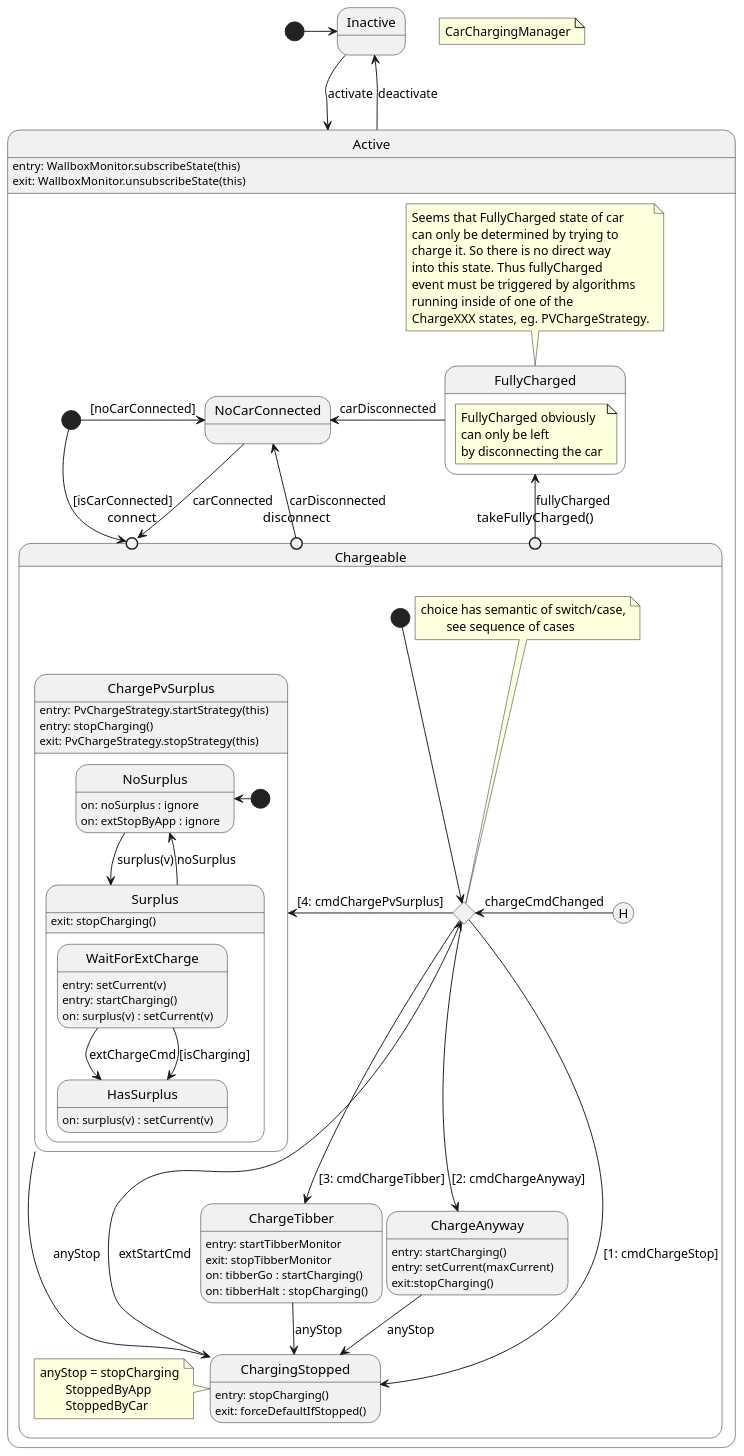
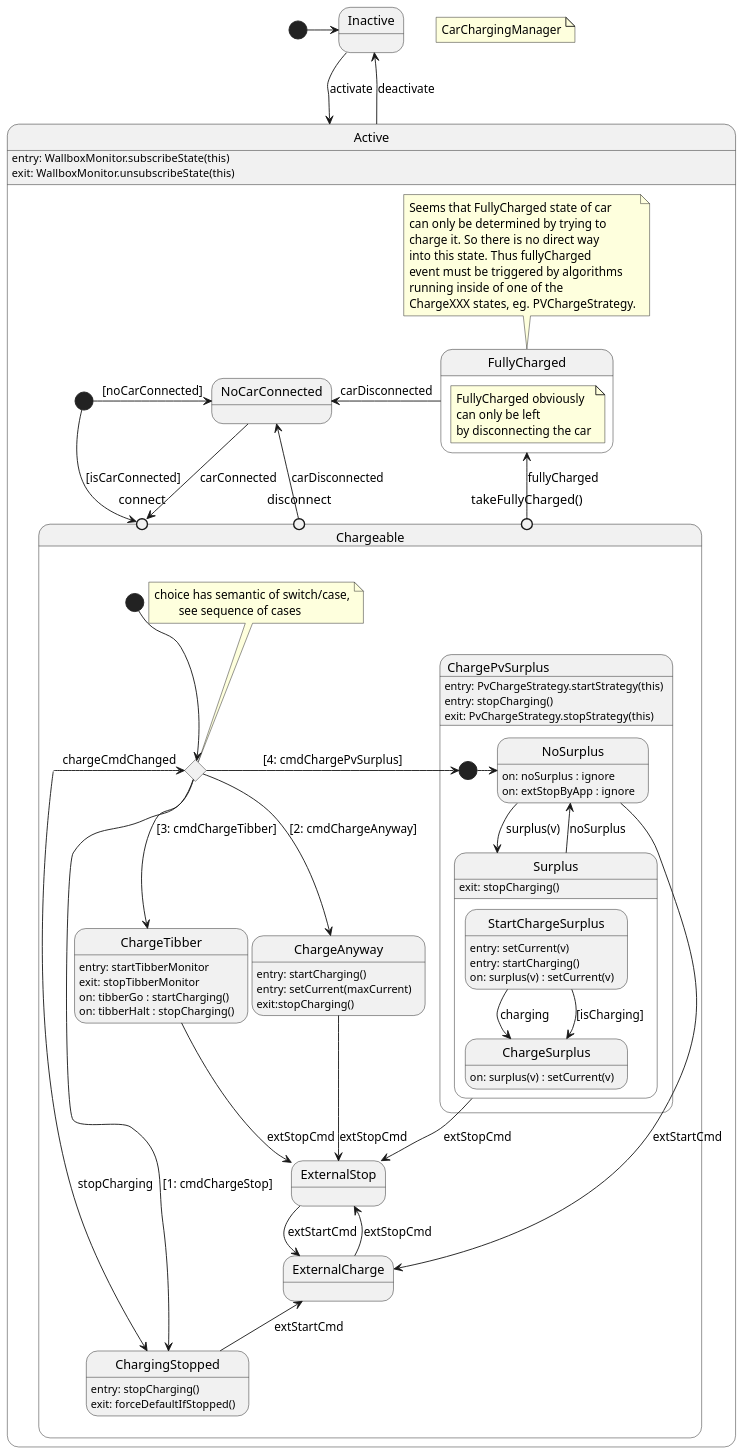
The diagram in src/main/groovy/de/geobe/energy/automation/models/CarChargingManager.puml (geobe/energyControl), drawn with PlantUML before and after one commit. The commit also changed 20 other files, not shown here.

Commit message:
refactoring cause better understanding of car charging states

```diff
--- a/src/main/groovy/de/geobe/energy/automation/models/CarChargingManager.puml
+++ b/src/main/groovy/de/geobe/energy/automation/models/CarChargingManager.puml
@@ -1,137 +1,142 @@
 @startuml
 'https://plantuml.com/state-diagram
 
 scale 1000 width
 
 [*] -right-> inAct
 
 state "Inactive" as inAct
 state "Active" as act {
     act: entry: WallboxMonitor.subscribeState(this)
     act: exit: WallboxMonitor.unsubscribeState(this)
 
      [*] -r-> noCar : [noCarConnected]
 
     state "NoCarConnected" as noCar
 
 '    state "CarConnected" as carCon {
 
         state "Chargeable" as cabl {
 
         state "connect" as con  <<entryPoint>>
         state "disconnect" as dcon  <<entryPoint>>
         state "takeFullyCharged()" as fch  <<entryPoint>>
 
             state "ChargePvSurplus" as cSurplus {
               cSurplus: entry: PvChargeStrategy.startStrategy(this)
               cSurplus: entry: stopCharging()
               cSurplus: exit: PvChargeStrategy.stopStrategy(this)
     '          cSurplus: exit: stopCharging()
 
               state "Surplus" as sp {
                sp: exit: stopCharging()
 
-                state "HasSurplus" as hasPlus {
+                state "ChargeSurplus" as hasPlus {
     '                hasPlus: entry: setCurrent(v)
                     hasPlus: on: surplus(v) : setCurrent(v)
                 }
 
-                state "WaitForExtCharge" as waitCh
+                state "StartChargeSurplus" as waitCh
                     waitCh: entry: setCurrent(v)
                     waitCh: entry: startCharging()
                     waitCh: on: surplus(v) : setCurrent(v)
 
             }
 
                 state "NoSurplus" as noPlus {
                   noPlus: on: noSurplus : ignore
                   noPlus: on: extStopByApp : ignore
                 }
 
             state lpstart <<start>>
 
           }
 
            state "ChargingStopped" as cStop
                cStop: entry: stopCharging()
                cStop: exit: forceDefaultIfStopped()
 
           state "ChargeTibber" as cTibber
               cTibber: entry: startTibberMonitor
               cTibber: exit: stopTibberMonitor
               cTibber: on: tibberGo : startCharging()
               cTibber: on: tibberHalt : stopCharging()
 
 
           state "ChargeAnyway" as cAnyway
               cAnyway: entry: startCharging()
               cAnyway: entry: setCurrent(maxCurrent)
               cAnyway: exit:stopCharging()
 
+          state "ExternalCharge" as cExt
+
+          state "ExternalStop" as stopExt
+
           state "switch" as choiceCmd <<choice>>
 
           note top of choiceCmd
             choice has semantic of switch/case,
             \tsee sequence of cases
           end note
 
-          note left of cStop
-              anyStop = stopCharging
-              \tStoppedByApp
-              \tStoppedByCar
-          end note
-
-          [H] -l-> choiceCmd : chargeCmdChanged
+          cabl -r-> choiceCmd : chargeCmdChanged
           [*] --> choiceCmd
+          cabl -r-> cStop : stopCharging
         }
 
       state "FullyCharged" as full {
 
         note as fullNote
             FullyCharged obviously
             can only be left
             by disconnecting the car
         end note
 
       }
 
       note top of full
             Seems that FullyCharged state of car
             can only be determined by trying to
             charge it. So there is no direct way
             into this state. Thus fullyCharged
             event must be triggered by algorithms
             running inside of one of the
             ChargeXXX states, eg. PVChargeStrategy.
       end note
 
 '    }
      [*] --> con : [isCarConnected]
 
 }
 dcon -u-> noCar : carDisconnected
 full -l-> noCar : carDisconnected
-cSurplus -down-> cStop : anyStop
+'cSurplus --> cStop : stopCmd
 fch -u-> full : fullyCharged
-cTibber -down-> cStop : anyStop
-cAnyway --> cStop : anyStop
+'cTibber -down-> cStop : stopCmd
+'cAnyway --> cStop : stopCmd
+cAnyway --> stopExt : extStopCmd
+cTibber --> stopExt : extStopCmd
+cStop -u-> cExt : extStartCmd
+noPlus -r-> cExt : extStartCmd
+cExt --> stopExt : extStopCmd
+stopExt --> cExt : extStartCmd
+sp --> stopExt : extStopCmd
 
-choiceCmd -l-> cSurplus : [4: cmdChargePvSurplus]
+choiceCmd -r-> lpstart : [4: cmdChargePvSurplus]
 choiceCmd --> cAnyway : [2: cmdChargeAnyway]
 choiceCmd --> cStop : [1: cmdChargeStop]
 choiceCmd --> cTibber : [3: cmdChargeTibber]
-cStop -up-> choiceCmd : extStartCmd
-
+'cStop -up-> choiceCmd : extStartCmd
 noCar --> con : carConnected
 inAct -down-> act : activate
 act -up-> inAct : deactivate
 
 noPlus -right-> sp : surplus(v)
-waitCh -down-> hasPlus : extChargeCmd
+waitCh -down-> hasPlus : charging\t
 waitCh -down-> hasPlus : [isCharging]
 sp -u-> noPlus : noSurplus
-lpstart -left-> noPlus
+lpstart -r-> noPlus
 
 note "CarChargingManager" as NTop
 
 @enduml
```
